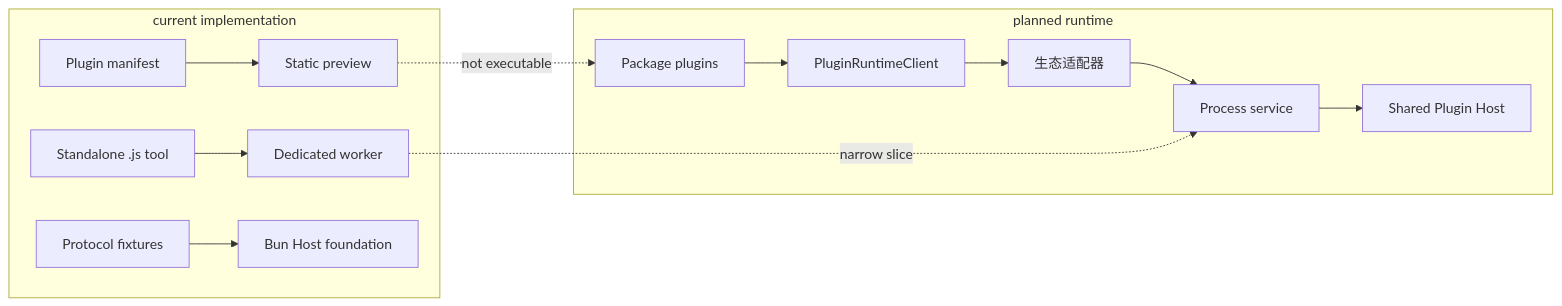
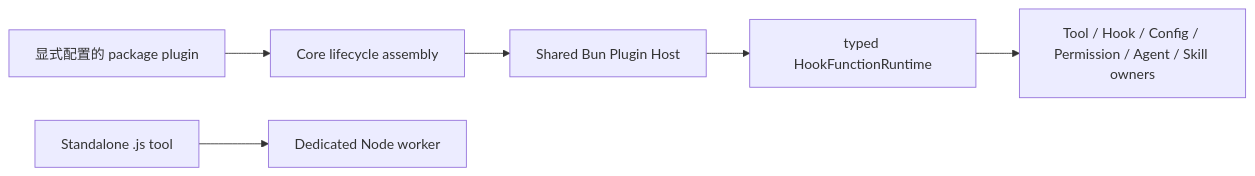
One commit to 1688mengdie/BitFun changed diagram 13 of 13 in docs/architecture/extensions/plugin-runtime-design.md. Above: the diagram before and after it, drawn with Mermaid. The commit also changed other lines of this file and 17 other files, not shown here.

Commit message:
fix(extensions): harden OpenCode plugin runtime integration

````diff
--- a/docs/architecture/extensions/plugin-runtime-design.md
+++ b/docs/architecture/extensions/plugin-runtime-design.md
@@ -255,18 +262,8 @@
 ```mermaid
 flowchart LR
-  subgraph Current["current implementation"]
-    Manifest["Plugin manifest"] --> Static["Static preview"]
-    Script["Standalone .js tool"] --> Worker["Dedicated worker"]
-    Fixture["Protocol fixtures"] --> Foundation["Bun Host foundation"]
-  end
-
-  subgraph Planned["planned runtime"]
-    Package["Package plugins"] --> Client["PluginRuntimeClient"]
-    Client --> Adapter["生态适配器"]
-    Adapter --> Service["Process service"]
-    Service --> Shared["Shared Plugin Host"]
-  end
-
-  Static -. "not executable" .-> Package
-  Worker -. "narrow slice" .-> Service
+  Config["显式配置的 package plugin"] --> Assembly["Core lifecycle assembly"]
+  Assembly --> Host["Shared Bun Plugin Host"]
+  Host --> Runtime["typed HookFunctionRuntime"]
+  Runtime --> Owners["Tool / Hook / Config / Permission / Agent / Skill owners"]
+  Script["Standalone .js tool"] --> Worker["Dedicated Node worker"]
 ```
````
